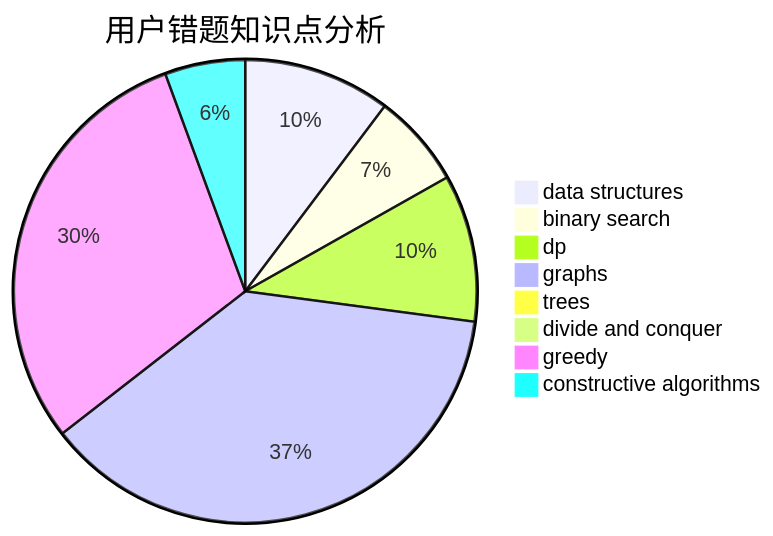
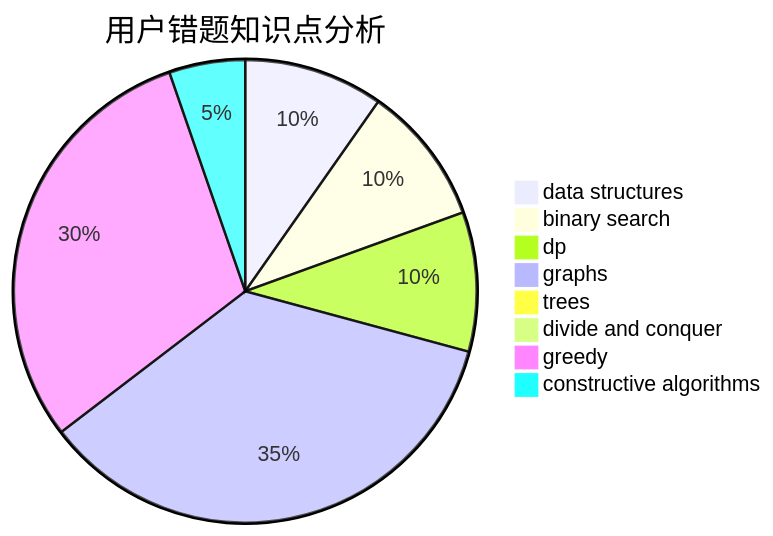
The third of 3 diagrams in docs/user/u301.md (sherpahu/cfrs.github.io), drawn with Mermaid before and after one commit. The commit also changed other lines of this file and 2770 other files, not shown here.

````diff
--- a/docs/user/u301.md
+++ b/docs/user/u301.md
@@ -36,11 +36,11 @@
 ```mermaid
 pie title 用户错题知识点分析
     "data structures" :  11
-    "binary search" :  7
+    "binary search" :  11
     "dp" :  11
     "graphs" :  40
     "trees" :  0
     "divide and conquer" :  0
-    "greedy" :  32
+    "greedy" :  34
     "constructive algorithms" :  6
 ```
````
